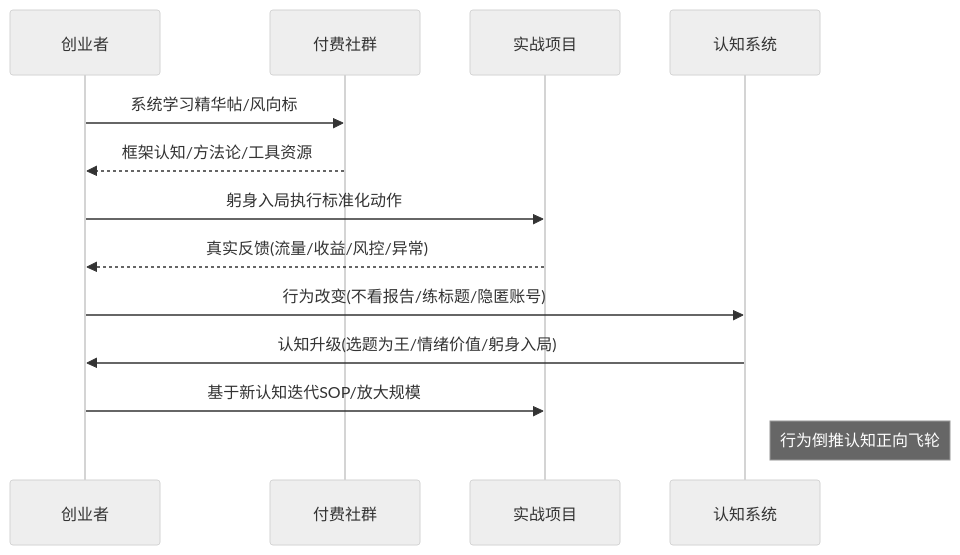
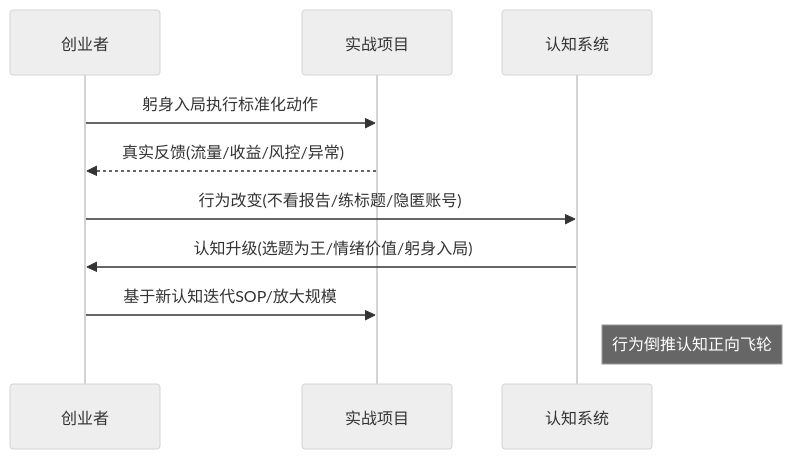
The third of 7 diagrams in docs/202303_paper2textbook/asset/body_fix_a1cd2c6664035e4f08f3190e1bdc0938_711c48aaa5bd5476e3aa870308e5b2c3_32fa7d376b509103e3317440b6444bd3_72ac732b6145d3c42f93cf31c9d3a26d.md (OpenDocCN1/flygon-zhuanqian-zhoubao), drawn with Mermaid (neutral theme) before and after one commit. The commit also changed other lines of this file and 14991 other files, not shown here.

````diff
--- a/docs/202303_paper2textbook/asset/body_fix_a1cd2c6664035e4f08f3190e1bdc0938_711c48aaa5bd5476e3aa870308e5b2c3_32fa7d376b509103e3317440b6444bd3_72ac732b6145d3c42f93cf31c9d3a26d.md
+++ b/docs/202303_paper2textbook/asset/body_fix_a1cd2c6664035e4f08f3190e1bdc0938_711c48aaa5bd5476e3aa870308e5b2c3_32fa7d376b509103e3317440b6444bd3_72ac732b6145d3c42f93cf31c9d3a26d.md
@@ -345,15 +341,12 @@
 ```mermaid
 sequenceDiagram
     participant 创业者
-    participant 付费社群
     participant 实战项目
     participant 认知系统
-    创业者->>付费社群: 系统学习精华帖/风向标
-    付费社群-->>创业者: 框架认知/方法论/工具资源
     创业者->>实战项目: 躬身入局执行标准化动作
     实战项目-->>创业者: 真实反馈(流量/收益/风控/异常)
     创业者->>认知系统: 行为改变(不看报告/练标题/隐匿账号)
     认知系统->>创业者: 认知升级(选题为王/情绪价值/躬身入局)
     创业者->>实战项目: 基于新认知迭代SOP/放大规模
     Note right of 认知系统: 行为倒推认知正向飞轮
 ```
````
